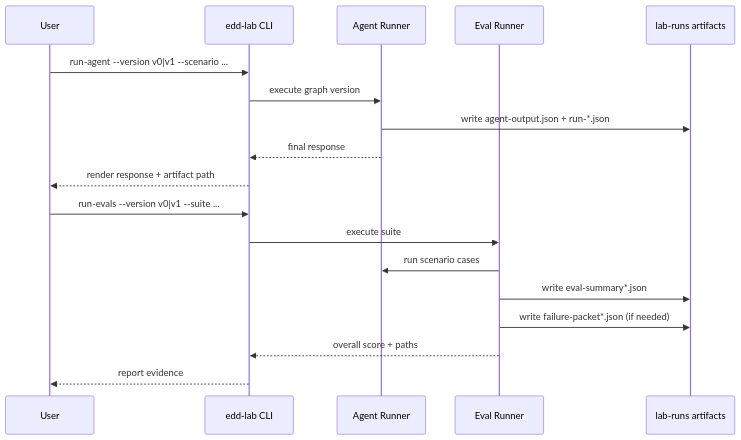
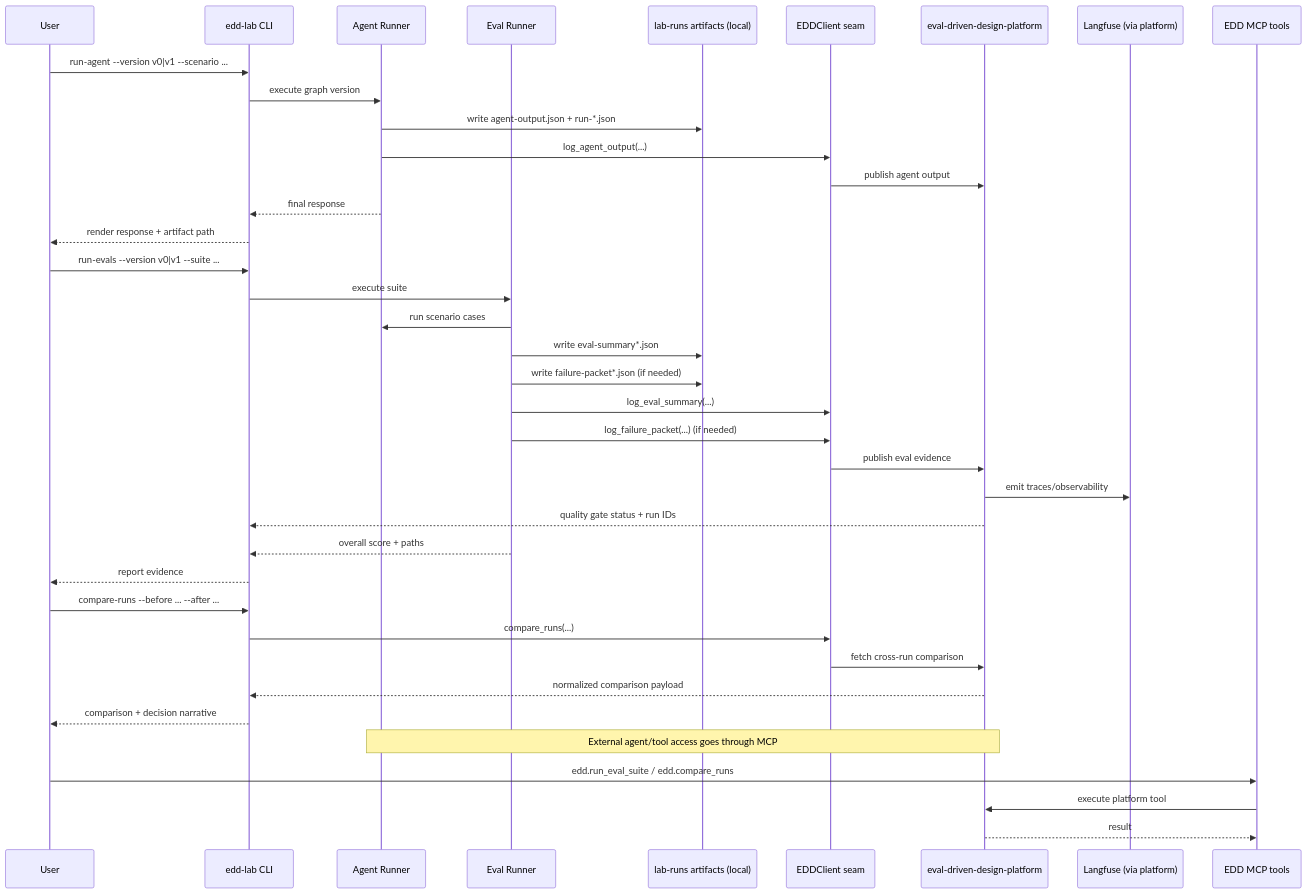
One commit to bfalkowski/edd-agent-lab changed the second of 2 diagrams in README.md. Above: the diagram before and after it, drawn with Mermaid. The commit also changed other lines of this file and 2 other files, not shown here.

Commit message:
Add stable EDD integration seam and final-state architecture diagram
Introduce the long-term EDDClient interface (with local default implementation) so lab artifacts can later be published to eval-driven-design-platform, and update README sequence diagrams to show the final milestone architecture path.

````diff
--- a/README.md
+++ b/README.md
@@ -34,22 +36,44 @@
 ```mermaid
 sequenceDiagram
     participant U as User
     participant CLI as edd-lab CLI
     participant AG as Agent Runner
     participant EV as Eval Runner
-    participant AR as lab-runs artifacts
+    participant AR as lab-runs artifacts (local)
+    participant EC as EDDClient seam
+    participant EP as eval-driven-design-platform
+    participant LF as Langfuse (via platform)
+    participant MCP as EDD MCP tools
 
     U->>CLI: run-agent --version v0|v1 --scenario ...
     CLI->>AG: execute graph version
     AG->>AR: write agent-output.json + run-*.json
+    AG->>EC: log_agent_output(...)
+    EC->>EP: publish agent output
     AG-->>CLI: final response
     CLI-->>U: render response + artifact path
 
     U->>CLI: run-evals --version v0|v1 --suite ...
     CLI->>EV: execute suite
     EV->>AG: run scenario cases
     EV->>AR: write eval-summary*.json
     EV->>AR: write failure-packet*.json (if needed)
+    EV->>EC: log_eval_summary(...)
+    EV->>EC: log_failure_packet(...) (if needed)
+    EC->>EP: publish eval evidence
+    EP->>LF: emit traces/observability
+    EP-->>CLI: quality gate status + run IDs
     EV-->>CLI: overall score + paths
     CLI-->>U: report evidence
+
+    U->>CLI: compare-runs --before ... --after ...
+    CLI->>EC: compare_runs(...)
+    EC->>EP: fetch cross-run comparison
+    EP-->>CLI: normalized comparison payload
+    CLI-->>U: comparison + decision narrative
+
+    Note over AG,EP: External agent/tool access goes through MCP
+    U->>MCP: edd.run_eval_suite / edd.compare_runs
+    MCP->>EP: execute platform tool
+    EP-->>MCP: result
 ```
````
